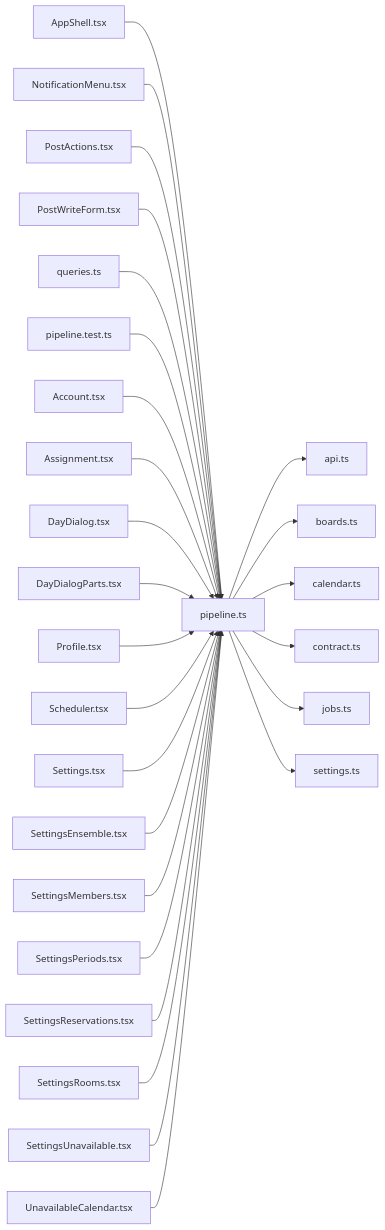
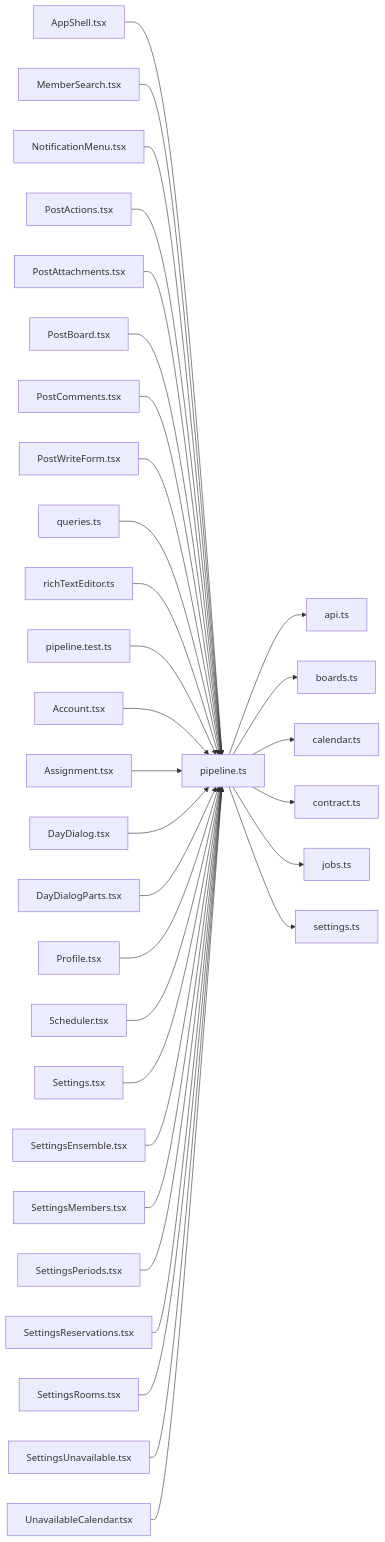
Before and after one commit to minkong-dev/Banblit: the diagram in .cluedoc/graph/frontend/src/lib/pipeline.md, drawn with Mermaid. The commit also changed other lines of this file and 17 other files, not shown here.

First line of the commit message:
frontend: route board server calls through pipeline and test the upload-then-publish order

````diff
--- a/.cluedoc/graph/frontend/src/lib/pipeline.md
+++ b/.cluedoc/graph/frontend/src/lib/pipeline.md
@@ -10,30 +10,35 @@
 ```mermaid
 flowchart LR
   frontend_src_lib_pipeline["pipeline.ts"]
   frontend_src_lib_pipeline --> frontend_src_lib_api["api.ts"]
   frontend_src_lib_pipeline --> frontend_src_lib_boards["boards.ts"]
   frontend_src_lib_pipeline --> frontend_src_lib_calendar["calendar.ts"]
   frontend_src_lib_pipeline --> frontend_src_lib_contract["contract.ts"]
   frontend_src_lib_pipeline --> frontend_src_lib_jobs["jobs.ts"]
   frontend_src_lib_pipeline --> frontend_src_lib_settings["settings.ts"]
   frontend_src_components_AppShell["AppShell.tsx"] --> frontend_src_lib_pipeline
+  frontend_src_components_MemberSearch["MemberSearch.tsx"] --> frontend_src_lib_pipeline
   frontend_src_components_NotificationMenu["NotificationMenu.tsx"] --> frontend_src_lib_pipeline
   frontend_src_components_PostActions["PostActions.tsx"] --> frontend_src_lib_pipeline
+  frontend_src_components_PostAttachments["PostAttachments.tsx"] --> frontend_src_lib_pipeline
+  frontend_src_components_PostBoard["PostBoard.tsx"] --> frontend_src_lib_pipeline
+  frontend_src_components_PostComments["PostComments.tsx"] --> frontend_src_lib_pipeline
   frontend_src_components_PostWriteForm["PostWriteForm.tsx"] --> frontend_src_lib_pipeline
   frontend_src_components_queries["queries.ts"] --> frontend_src_lib_pipeline
+  frontend_src_components_richTextEditor["richTextEditor.ts"] --> frontend_src_lib_pipeline
   frontend_src_lib_pipeline_test["pipeline.test.ts"] --> frontend_src_lib_pipeline
   frontend_src_routes_Account["Account.tsx"] --> frontend_src_lib_pipeline
   frontend_src_routes_Assignment["Assignment.tsx"] --> frontend_src_lib_pipeline
   frontend_src_routes_DayDialog["DayDialog.tsx"] --> frontend_src_lib_pipeline
   frontend_src_routes_DayDialogParts["DayDialogParts.tsx"] --> frontend_src_lib_pipeline
   frontend_src_routes_Profile["Profile.tsx"] --> frontend_src_lib_pipeline
   frontend_src_routes_Scheduler["Scheduler.tsx"] --> frontend_src_lib_pipeline
   frontend_src_routes_Settings["Settings.tsx"] --> frontend_src_lib_pipeline
   frontend_src_routes_SettingsEnsemble["SettingsEnsemble.tsx"] --> frontend_src_lib_pipeline
   frontend_src_routes_SettingsMembers["SettingsMembers.tsx"] --> frontend_src_lib_pipeline
   frontend_src_routes_SettingsPeriods["SettingsPeriods.tsx"] --> frontend_src_lib_pipeline
   frontend_src_routes_SettingsReservations["SettingsReservations.tsx"] --> frontend_src_lib_pipeline
   frontend_src_routes_SettingsRooms["SettingsRooms.tsx"] --> frontend_src_lib_pipeline
   frontend_src_routes_SettingsUnavailable["SettingsUnavailable.tsx"] --> frontend_src_lib_pipeline
   frontend_src_routes_UnavailableCalendar["UnavailableCalendar.tsx"] --> frontend_src_lib_pipeline
 ```
````
